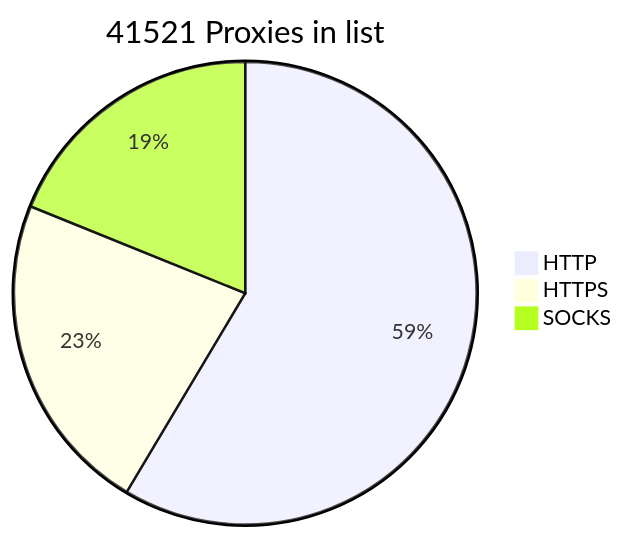
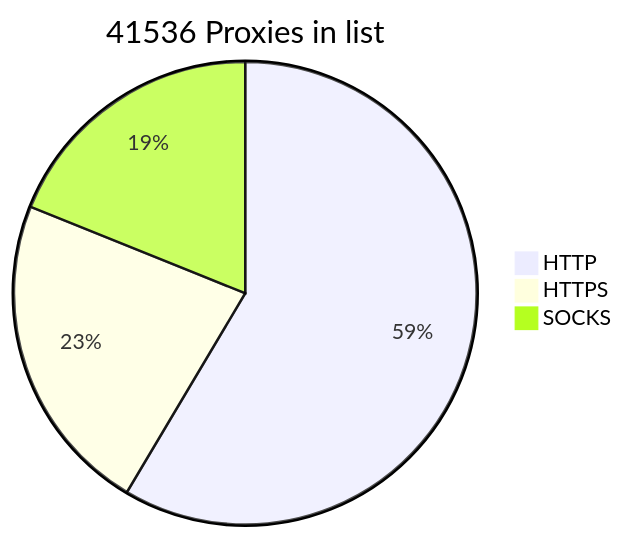
The diagram in README.md (BlackSnowDot/proxylist-update-every-minute), drawn with Mermaid before and after one commit.

````diff
--- a/README.md
+++ b/README.md
@@ -2,6 +2,6 @@
 ```mermaid
-pie title 41521 Proxies in list
+pie title 41536 Proxies in list
     "HTTP" : 28547
     "HTTPS": 10999
-    "SOCKS" : 9203
+    "SOCKS" : 9218
 ```
````
